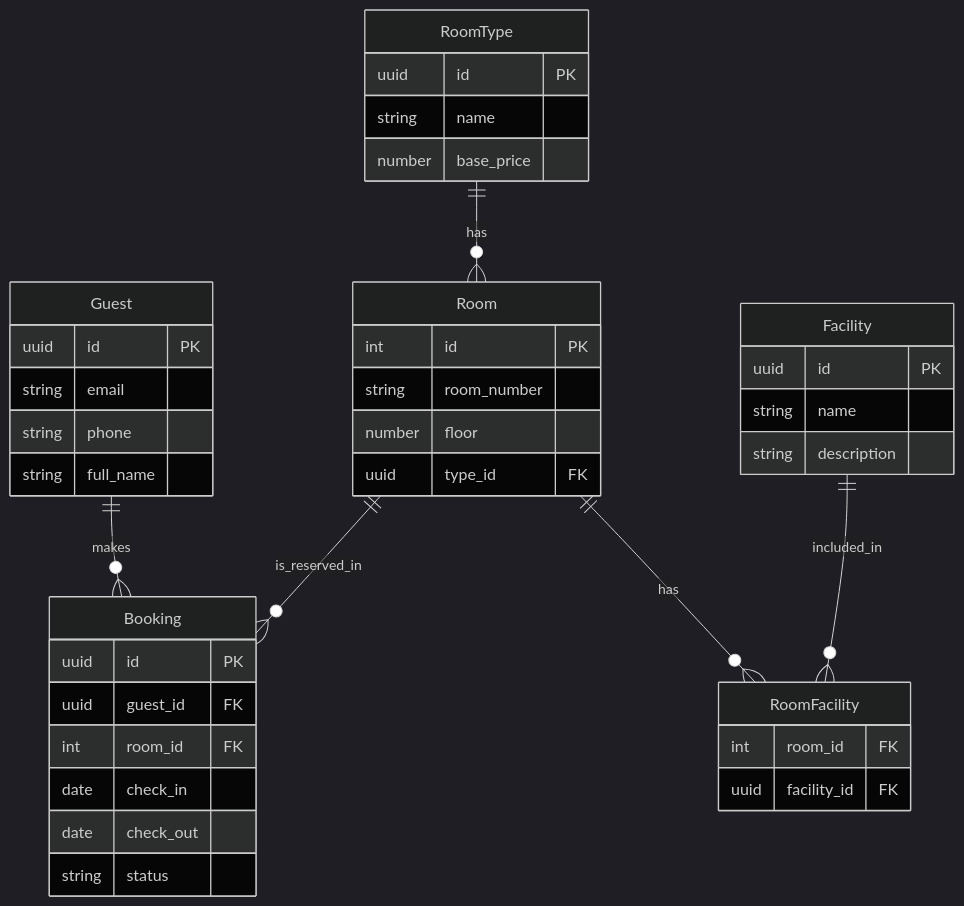
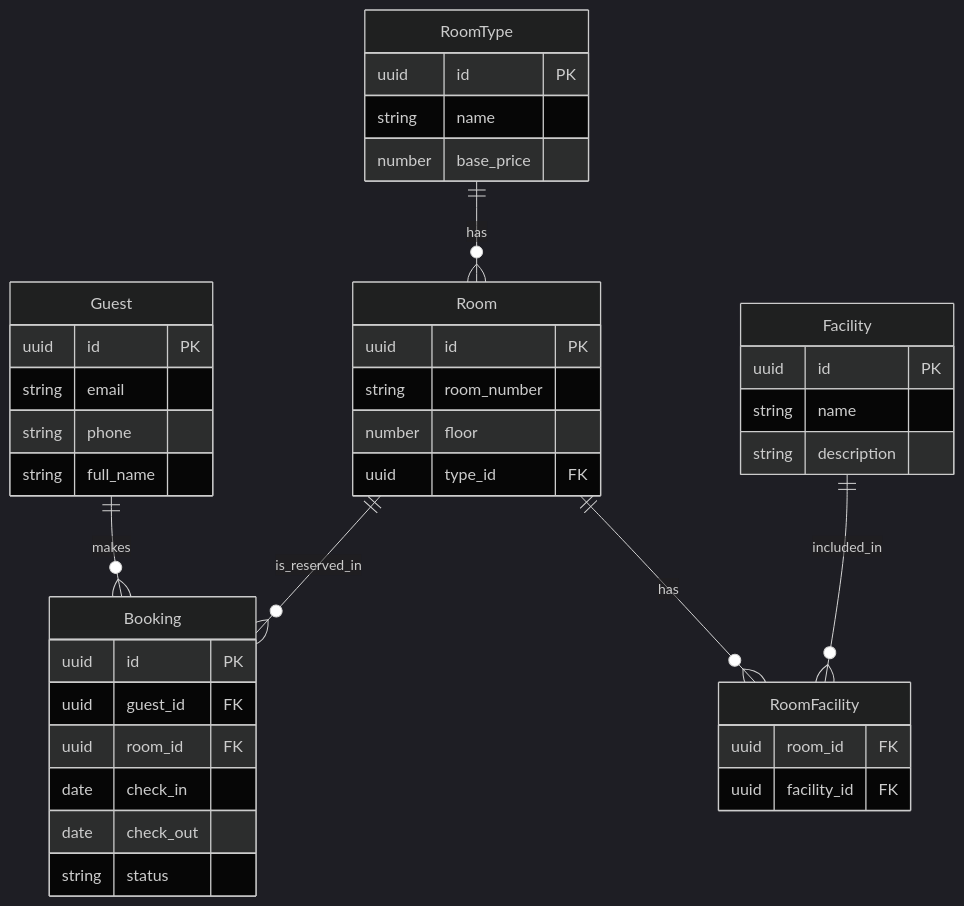
The diagram in diagram.mermaid (MrhyveR/Hotel-reservation-system), drawn with Mermaid (dark theme) before and after one commit. The commit also changed 1 other file, not shown here.

Commit message:
enforce strict uuid typing in spec criteria

```diff
--- a/diagram.mermaid
+++ b/diagram.mermaid
@@ -1,41 +1,41 @@
 erDiagram
     Guest {
         uuid id PK
         string email
         string phone
         string full_name
     }
     RoomType {
         uuid id PK
         string name
         number base_price
     }
     Room {
-        int id PK
+        uuid id PK
         string room_number
         number floor
         uuid type_id FK
     }
     Facility {
         uuid id PK
         string name
         string description
     }
     RoomFacility {
-        int room_id FK
+        uuid room_id FK
         uuid facility_id FK
     }
     Booking {
         uuid id PK
         uuid guest_id FK
-        int room_id FK
+        uuid room_id FK
         date check_in
         date check_out
         string status
     }
 
     RoomType ||--o{ Room : "has"
     Room ||--o{ RoomFacility : "has"
     Facility ||--o{ RoomFacility : "included_in"
     Guest ||--o{ Booking : "makes"
     Room ||--o{ Booking : "is_reserved_in"
```
